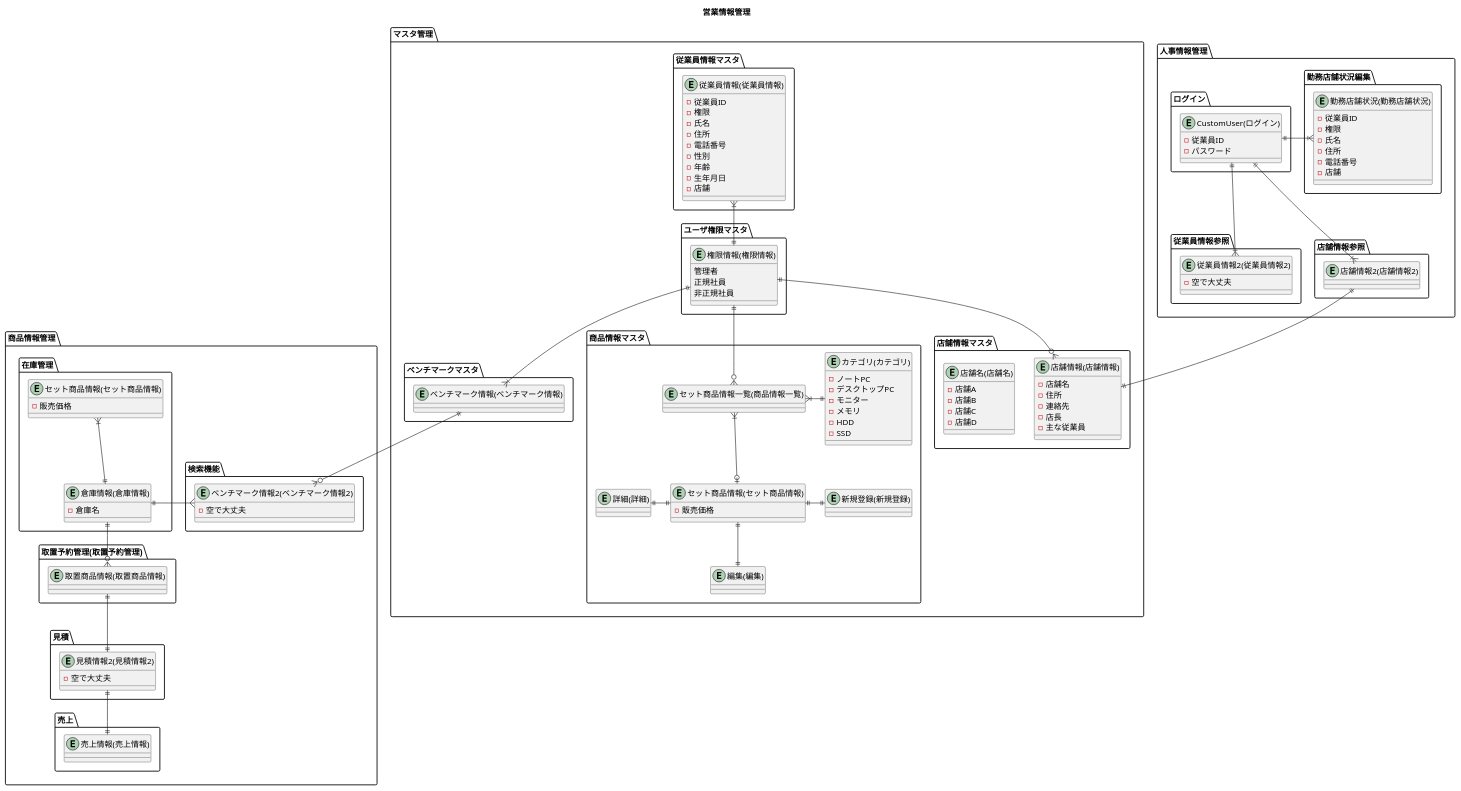
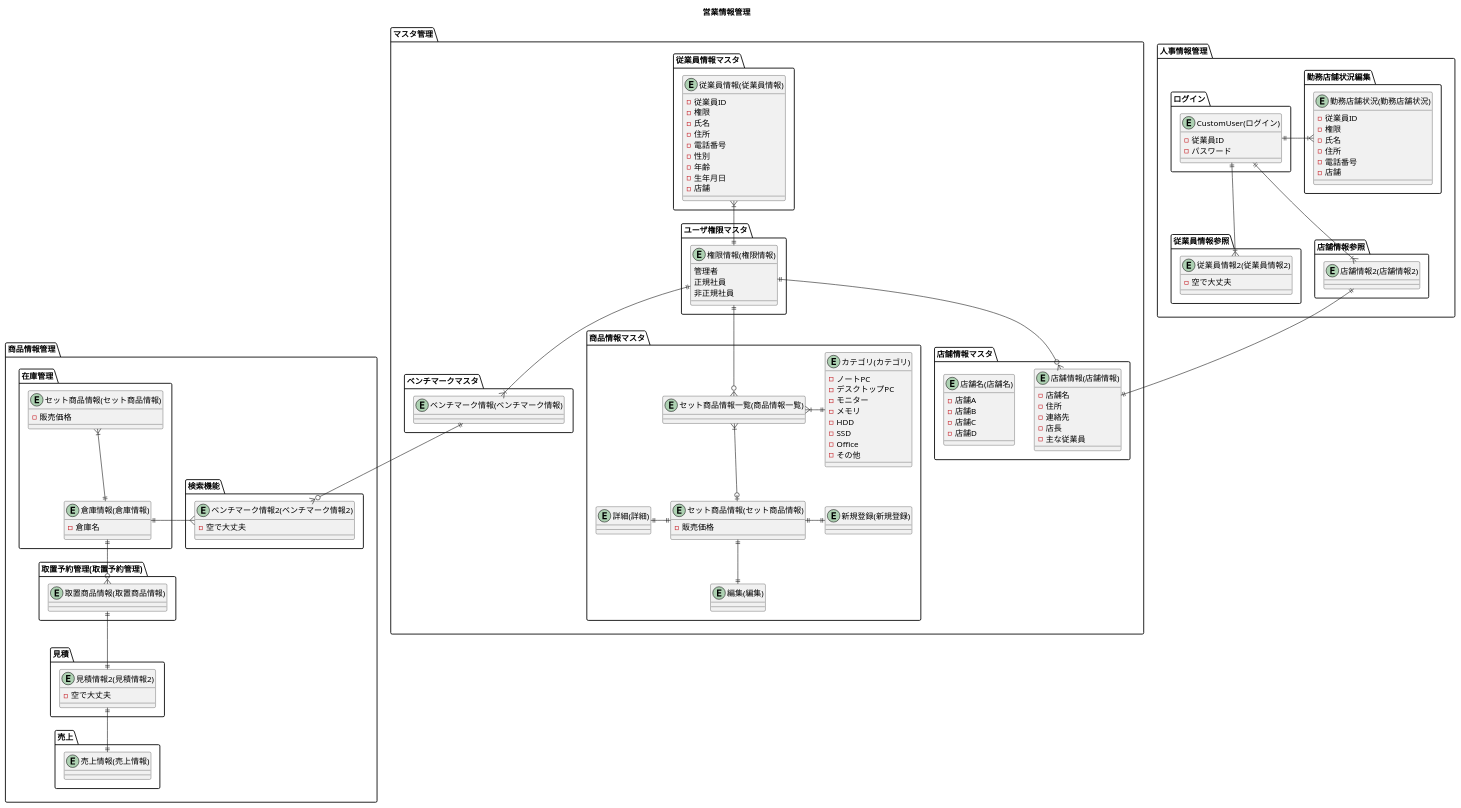
The diagram in 設計/各種設計書/5クラス図/クラス図_リレーション(仮).plantuml (HaruShim/Sotuken), drawn with PlantUML before and after one commit. The commit also changed 1 other file, not shown here.

```diff
--- a/設計/各種設計書/5クラス図/クラス図_リレーション(仮).plantuml
+++ b/設計/各種設計書/5クラス図/クラス図_リレーション(仮).plantuml
@@ -60,6 +60,8 @@
             -メモリ
             -HDD
             -SSD
+            -Office
+            -その他
         }
         ' コントローラ
         entity "セット商品情報一覧(商品情報一覧)" as セット一覧{}
```
